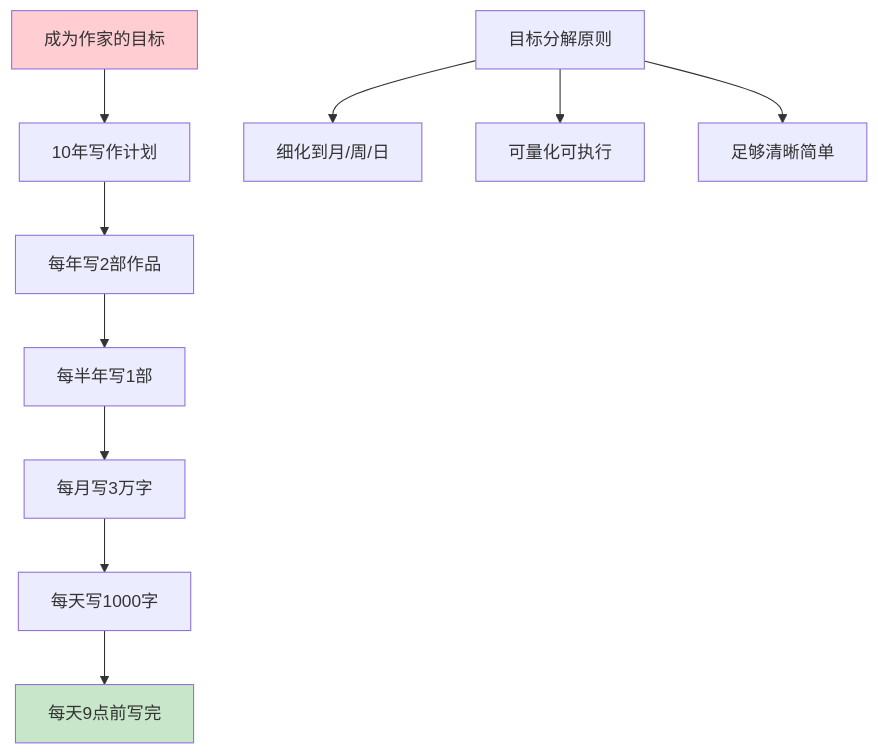
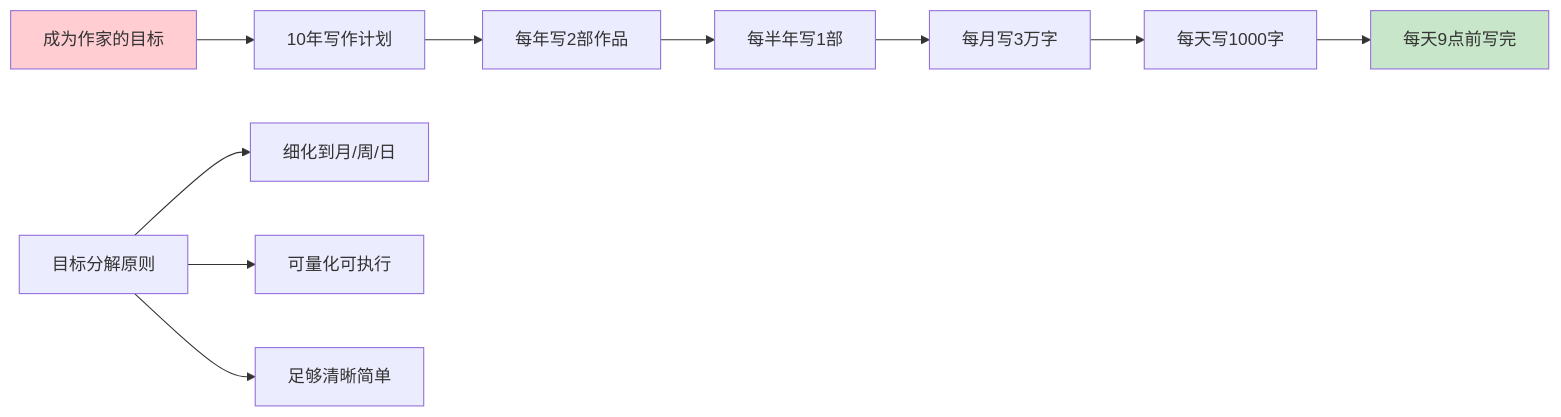
One commit to chongyang211/YCBookBlog changed the first of 4 diagrams in 10.打工充平常记录/10.自我精进七课/04.目标和计划设计/4.3分解目标要明确.md. Above: the diagram before and after it, drawn with Mermaid.

Commit message:
目标分解的背景

````diff
--- a/10.打工充平常记录/10.自我精进七课/04.目标和计划设计/4.3分解目标要明确.md
+++ b/10.打工充平常记录/10.自我精进七课/04.目标和计划设计/4.3分解目标要明确.md
@@ -38,16 +38,16 @@
 ```mermaid
-graph TD
+graph LR
     A[成为作家的目标] --> B[10年写作计划]
     B --> C[每年写2部作品]
     C --> D[每半年写1部]
     D --> E[每月写3万字]
     E --> F[每天写1000字]
     F --> G[每天9点前写完]
     
     H[目标分解原则] --> H1[细化到月/周/日]
     H --> H2[可量化可执行]
     H --> H3[足够清晰简单]
     
     style A fill:#ffcdd2
     style G fill:#c8e6c9
 ```
````
